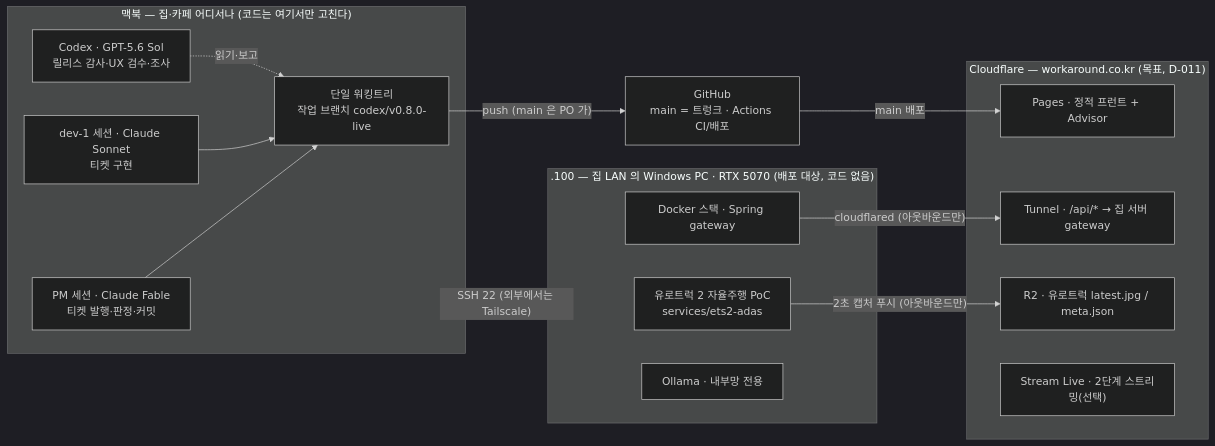
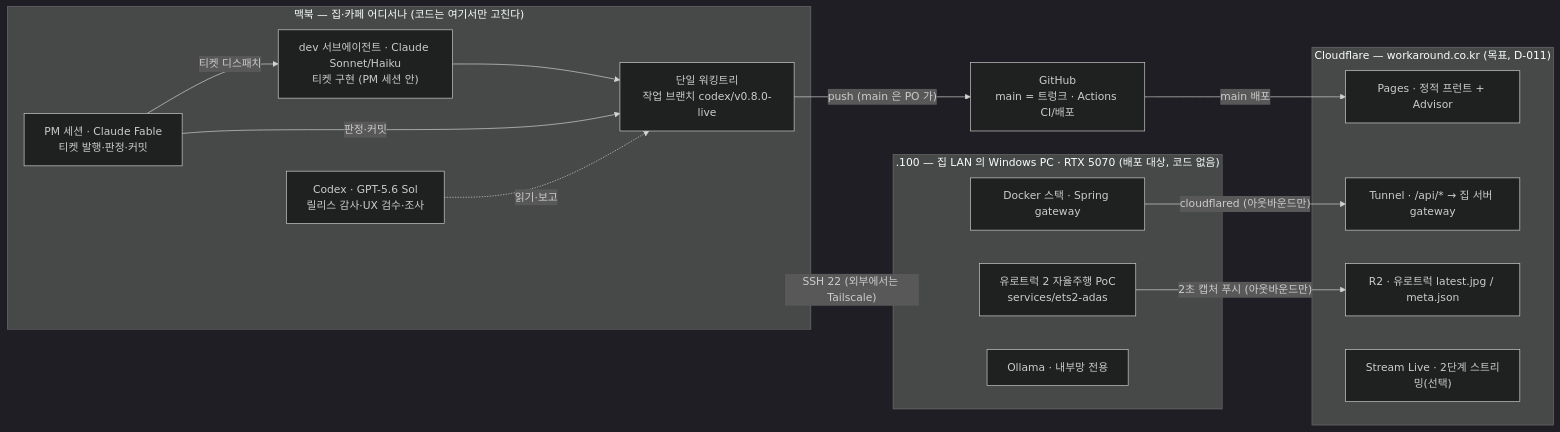
Before and after one commit to lim-it-err/workaround.co.kr-platform: the diagram in README.md, drawn with Mermaid (dark theme). The commit also changed other lines of this file, not shown here.

Commit message:
docs(README): 개발 구조 — 구현 주체를 PM 세션의 Sonnet/Haiku 서브에이전트로 정정 (D-029 개정)

````diff
--- a/README.md
+++ b/README.md
@@ -56,29 +56,30 @@
 ```mermaid
 flowchart LR
   subgraph MAC["맥북 — 집·카페 어디서나 (코드는 여기서만 고친다)"]
     PM["PM 세션 · Claude Fable<br/>티켓 발행·판정·커밋"]
-    DEV["dev-1 세션 · Claude Sonnet<br/>티켓 구현"]
+    DEV["dev 서브에이전트 · Claude Sonnet/Haiku<br/>티켓 구현 (PM 세션 안)"]
     CDX["Codex · GPT-5.6 Sol<br/>릴리스 감사·UX 검수·조사"]
     WT["단일 워킹트리<br/>작업 브랜치 codex/v0.8.0-live"]
-    PM --> WT
+    PM -- "티켓 디스패치" --> DEV
     DEV --> WT
+    PM -- "판정·커밋" --> WT
     CDX -. 읽기·보고 .-> WT
   end
   GH["GitHub<br/>main = 트렁크 · Actions CI/배포"]
   WT -- "push (main 은 PO 가)" --> GH
   subgraph CF["Cloudflare — workaround.co.kr (목표, D-011)"]
     PAGES["Pages · 정적 프런트 + Advisor"]
     TUN["Tunnel · /api/* → 집 서버 gateway"]
     R2["R2 · 유로트럭 latest.jpg / meta.json"]
     STREAM["Stream Live · 2단계 스트리밍(선택)"]
   end
   GH -- "main 배포" --> PAGES
   subgraph W100[".100 — 집 LAN 의 Windows PC · RTX 5070 (배포 대상, 코드 없음)"]
     ETS["유로트럭 2 자율주행 PoC<br/>services/ets2-adas"]
     GW["Docker 스택 · Spring gateway"]
     OLL["Ollama · 내부망 전용"]
   end
   MAC -- "SSH 22 (외부에서는 Tailscale)" --> W100
   ETS -- "2초 캡처 푸시 (아웃바운드만)" --> R2
   GW -- "cloudflared (아웃바운드만)" --> TUN
 ```
````
